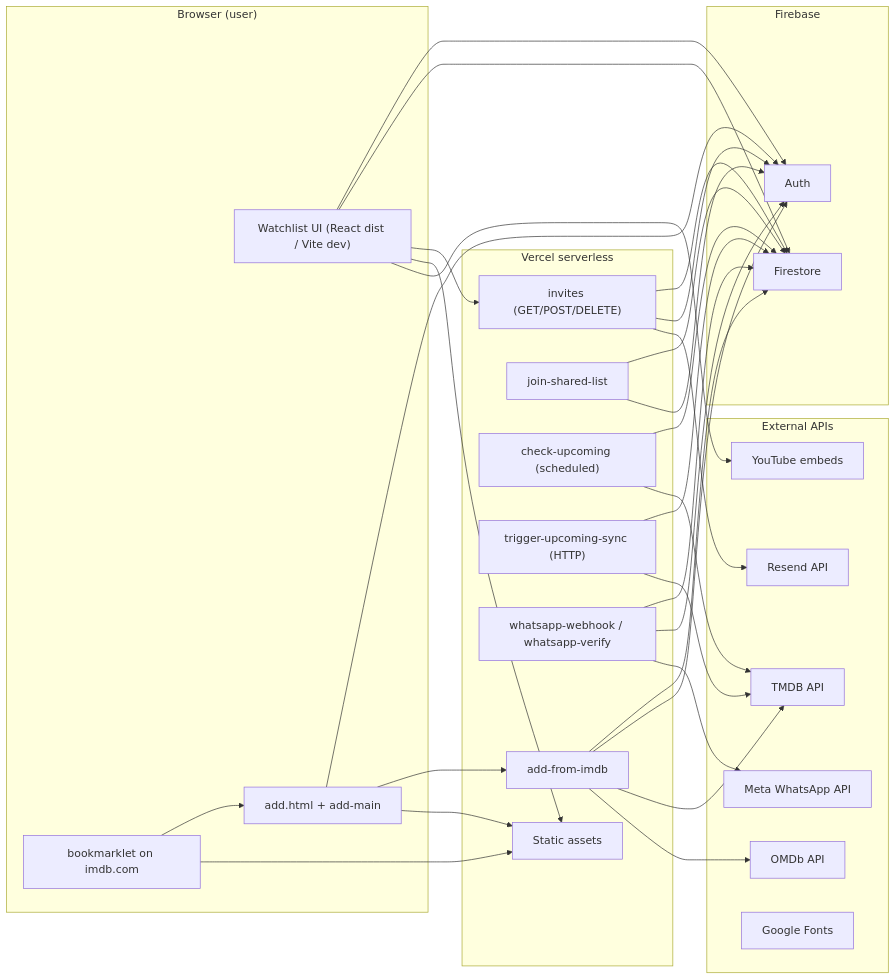
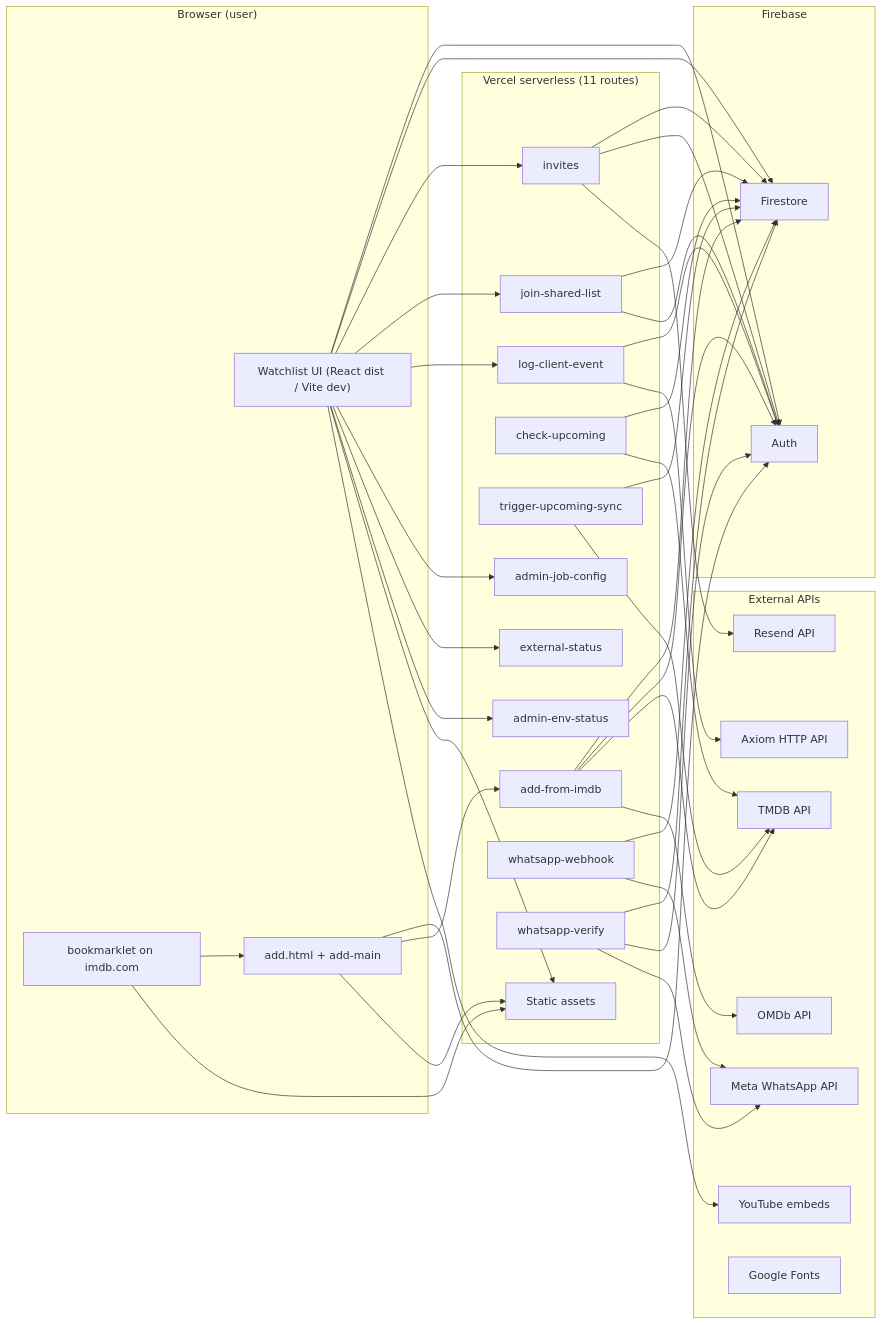
One commit to maulbogat/watchlist-app changed the first of 5 diagrams in system-design.md. Above: the diagram before and after it, drawn with Mermaid. The commit also changed other lines of this file and 2 other files, not shown here.

````diff
--- a/system-design.md
+++ b/system-design.md
@@ -392,61 +429,76 @@
 ```mermaid
 flowchart LR
   subgraph Browser["Browser (user)"]
     SPA["Watchlist UI (React dist / Vite dev)"]
     ADD["add.html + add-main"]
     BM["bookmarklet on imdb.com"]
   end
 
-  subgraph VercelAPI["Vercel serverless"]
-    NF1["add-from-imdb"]
-    NF2["join-shared-list"]
-    NF3["check-upcoming (scheduled)"]
-    NF4["trigger-upcoming-sync (HTTP)"]
-    NF5["whatsapp-webhook / whatsapp-verify"]
-    NF6["invites (GET/POST/DELETE)"]
+  subgraph VercelAPI["Vercel serverless (11 routes)"]
+    API_ADD["add-from-imdb"]
+    API_JOIN["join-shared-list"]
+    API_INV["invites"]
+    API_CRON["check-upcoming"]
+    API_TRIG["trigger-upcoming-sync"]
+    API_LOG["log-client-event"]
+    API_JOB["admin-job-config"]
+    API_ENV["admin-env-status"]
+    API_EXT["external-status"]
+    API_WA_HOOK["whatsapp-webhook"]
+    API_WA_VER["whatsapp-verify"]
     Static["Static assets"]
   end
 
   subgraph Firebase["Firebase"]
     FS["Firestore"]
     FA["Auth"]
   end
 
   subgraph External["External APIs"]
     TMDB["TMDB API"]
     OMDb["OMDb API"]
     WA["Meta WhatsApp API"]
     RS["Resend API"]
+    AX["Axiom HTTP API"]
     YT["YouTube embeds"]
     GFonts["Google Fonts"]
   end
 
   SPA --> FA
   SPA --> FS
-  SPA --> NF6
+  SPA --> API_INV
+  SPA --> API_JOIN
+  SPA --> API_LOG
+  SPA --> API_JOB
+  SPA --> API_EXT
+  SPA --> API_ENV
   ADD --> FA
-  ADD --> NF1
+  ADD --> API_ADD
   BM --> ADD
   BM --> Static
   SPA --> Static
   ADD --> Static
 
-  NF1 --> FS
-  NF1 --> FA
-  NF1 --> TMDB
-  NF1 --> OMDb
-  NF2 --> FS
-  NF2 --> FA
-  NF3 --> FS
-  NF3 --> TMDB
-  NF4 --> FS
-  NF4 --> TMDB
-  NF5 --> FS
-  NF5 --> FA
-  NF5 --> WA
-  NF6 --> FS
-  NF6 --> FA
-  NF6 --> RS
+  API_ADD --> FS
+  API_ADD --> FA
+  API_ADD --> TMDB
+  API_ADD --> OMDb
+  API_JOIN --> FS
+  API_JOIN --> FA
+  API_CRON --> FS
+  API_CRON --> TMDB
+  API_TRIG --> FS
+  API_TRIG --> TMDB
+  API_WA_HOOK --> FS
+  API_WA_HOOK --> WA
+  API_WA_VER --> FS
+  API_WA_VER --> FA
+  API_WA_VER --> WA
+  API_INV --> FS
+  API_INV --> FA
+  API_INV --> RS
+  API_LOG --> FA
+  API_LOG --> AX
 
   SPA --> YT
 ```
````
